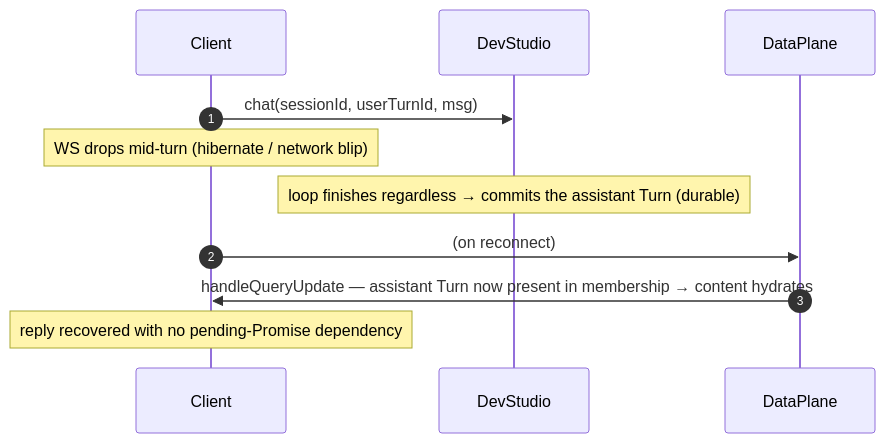
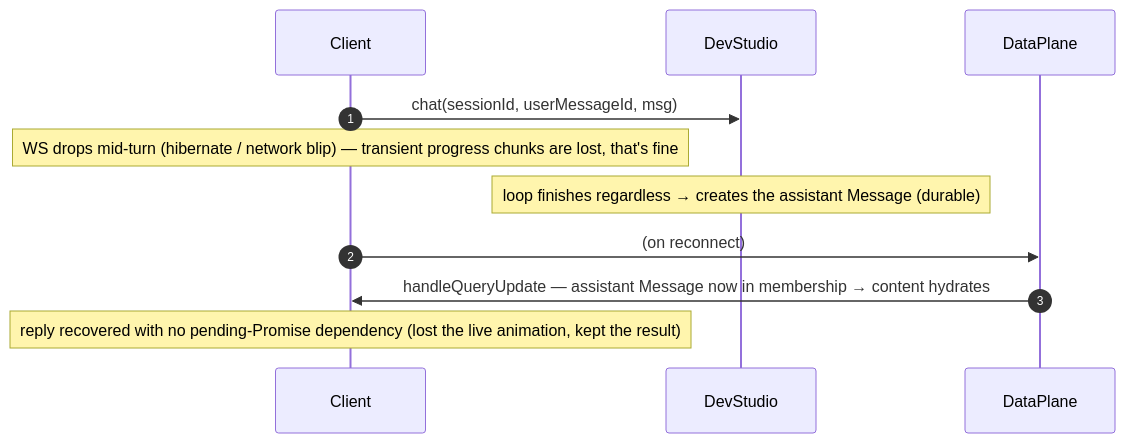
Before and after one commit to lumenize/lumenize: the third of 3 diagrams in tasks/nebula-reactive-ai-chat.md, drawn with Mermaid. The commit also changed other lines of this file and 7 other files, not shown here.

First line of the commit message:
docs(pre-alpha): Child 3 chat design reviewed + targetsForQuery accessor

````diff
--- a/tasks/nebula-reactive-ai-chat.md
+++ b/tasks/nebula-reactive-ai-chat.md
@@ -81,14 +97,14 @@
 ```mermaid
 sequenceDiagram
     autonumber
     participant Client
     participant DevStudio
     participant DataPlane
 
-    Client->>DevStudio: chat(sessionId, userTurnId, msg)
-    Note over Client: WS drops mid-turn (hibernate / network blip)
-    Note over DevStudio: loop finishes regardless → commits the assistant Turn (durable)
+    Client->>DevStudio: chat(sessionId, userMessageId, msg)
+    Note over Client: WS drops mid-turn (hibernate / network blip) — transient progress chunks are lost, that's fine
+    Note over DevStudio: loop finishes regardless → creates the assistant Message (durable)
     Client->>DataPlane: (on reconnect) #resubscribeAll re-fires subscribeQuery
-    DataPlane->>Client: handleQueryUpdate — assistant Turn now present in membership → content hydrates
-    Note over Client: reply recovered with no pending-Promise dependency
+    DataPlane->>Client: handleQueryUpdate — assistant Message now in membership → content hydrates
+    Note over Client: reply recovered with no pending-Promise dependency (lost the live animation, kept the result)
 ```
````
